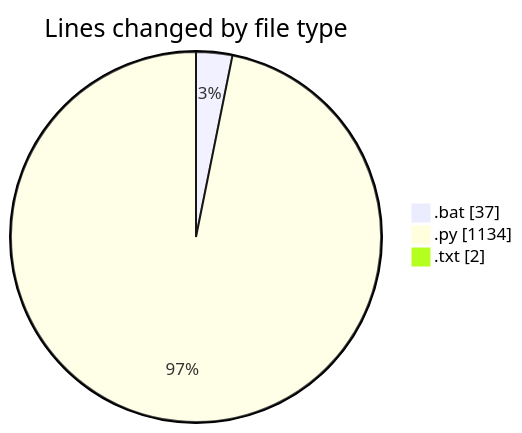
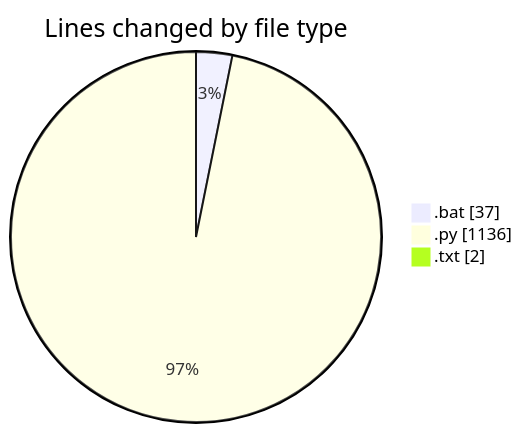
Before and after one commit to FelipKnott/code-tracking: the first of 2 diagrams in 2025-07-04/cursor/README.md, drawn with Mermaid. The commit also changed other lines of this file and 1 other file, not shown here.

````diff
--- a/2025-07-04/cursor/README.md
+++ b/2025-07-04/cursor/README.md
@@ -35,7 +35,7 @@
 ```mermaid
 pie showData
 title Lines changed by file type
 ".bat" : 37
-".py" : 1134
+".py" : 1136
 ".txt" : 2
 ```
````
